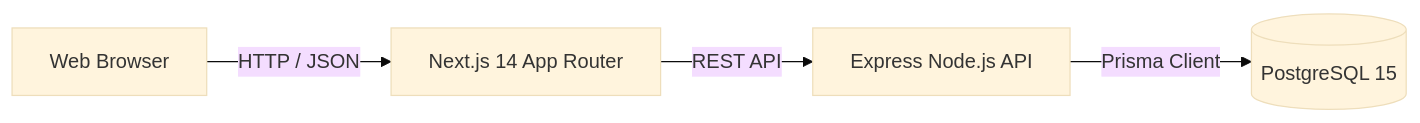
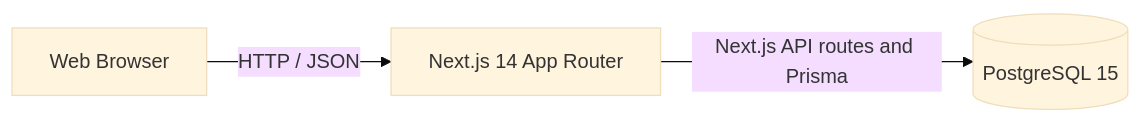
The first of 2 diagrams in README.md (CyberSurgeon01/OiTesla), drawn with Mermaid (base theme) before and after one commit. The commit also changed other lines of this file and 36 other files, not shown here.

````diff
--- a/README.md
+++ b/README.md
@@ -36,6 +36,5 @@
 ```mermaid
 flowchart LR
     Browser[Web Browser] -->|HTTP / JSON| NextJS[Next.js 14 App Router]
-    NextJS -->|REST API| Express[Express Node.js API]
-    Express -->|Prisma Client| Postgres[(PostgreSQL 15)]
+    NextJS -->|Next.js API routes and Prisma| Postgres[(PostgreSQL 15)]
 ```
````
